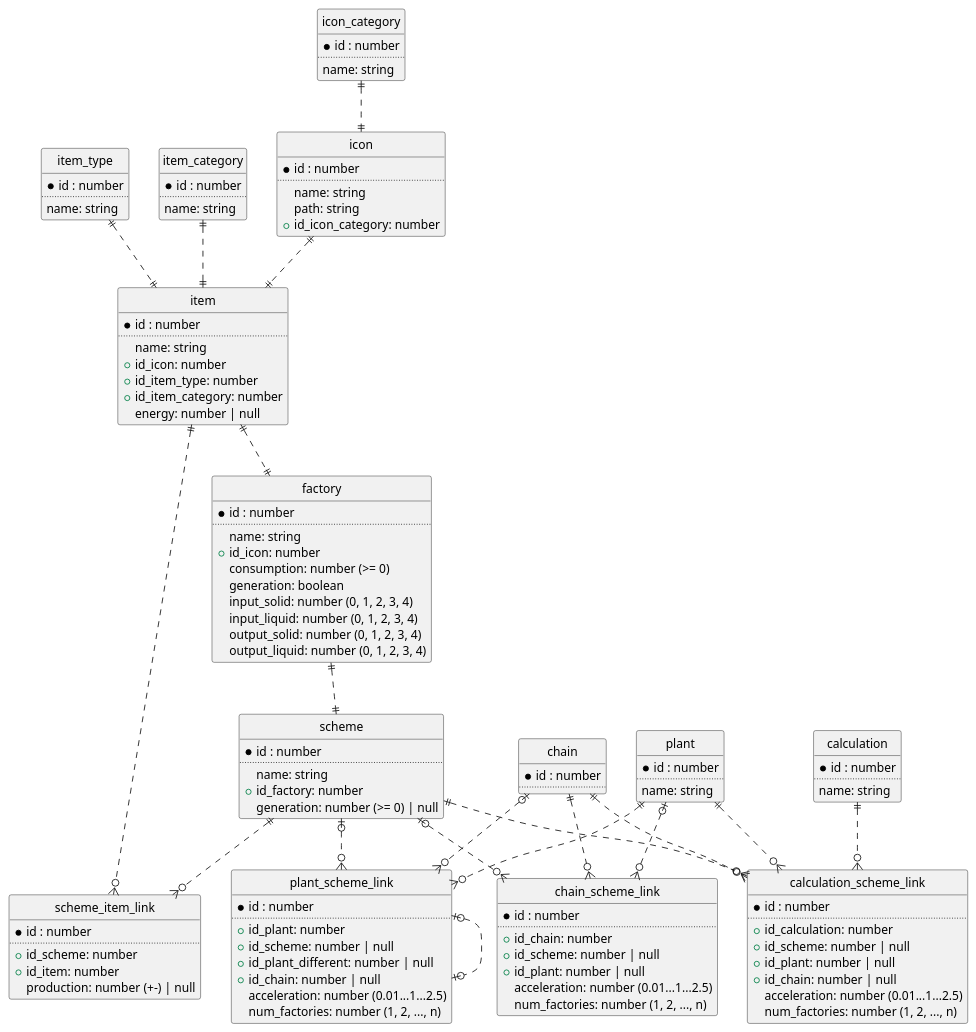
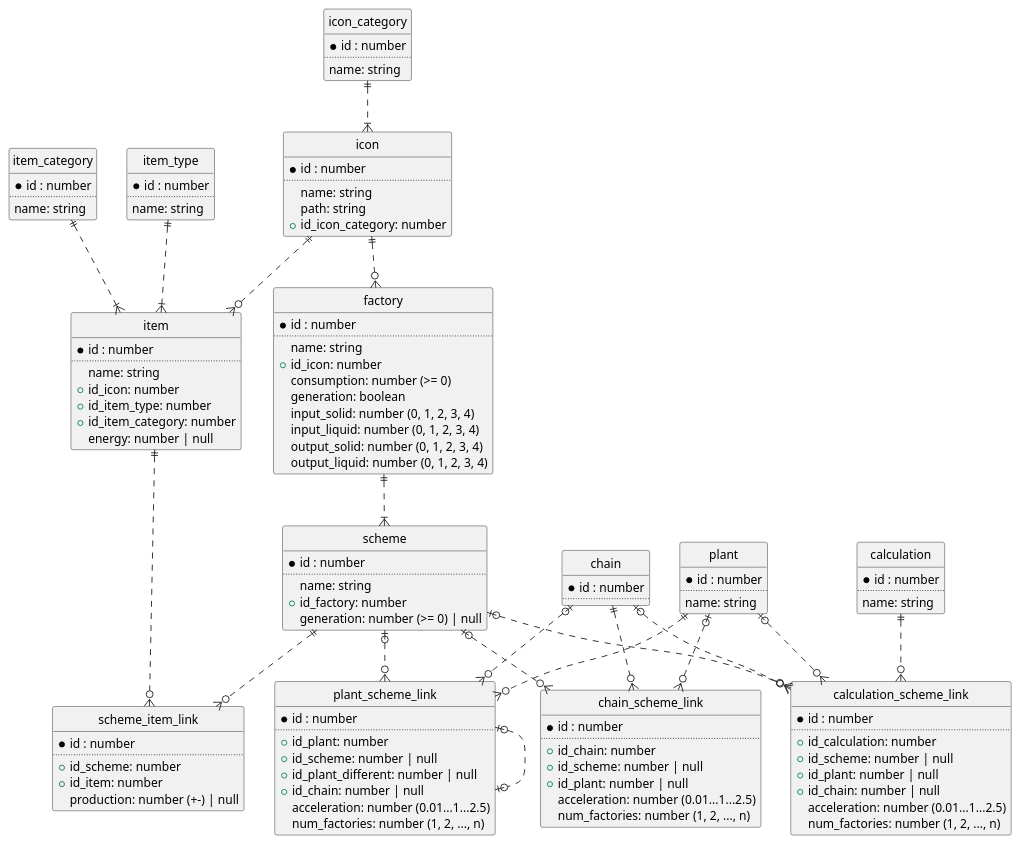
Before and after one commit to Shahimat/SatisfactoryCalculator: the diagram in docs/scheme/model.puml, drawn with PlantUML.

Commit message:
docs[srv]: model changes

```diff
--- a/docs/scheme/model.puml
+++ b/docs/scheme/model.puml
@@ -1,143 +1,143 @@
 @startuml
 
 ' hide the spot
 hide circle
 
 ' avoid problems with angled crows feet
 ' skinparam linetype ortho
 
 entity item_type {
   *id : number
   ..
   name: string
 }
 
 entity item_category {
   *id : number
   ..
   name: string
 }
 
 entity icon_category {
   *id : number
   ..
   name: string
 }
 
 entity icon {
   *id : number
   ..
   name: string
   path: string
   +id_icon_category: number
 }
 
 entity item {
   *id : number
   ..
   name: string
   +id_icon: number
   +id_item_type: number
   +id_item_category: number
   energy: number | null
 }
 
 entity factory {
   *id : number
   ..
   name: string
   +id_icon: number
   consumption: number (>= 0)
   generation: boolean
   input_solid: number (0, 1, 2, 3, 4)
   input_liquid: number (0, 1, 2, 3, 4)
   output_solid: number (0, 1, 2, 3, 4)
   output_liquid: number (0, 1, 2, 3, 4)
 }
 
 entity scheme {
   *id : number
   ..
   name: string
   +id_factory: number
   generation: number (>= 0) | null
 }
 
 entity scheme_item_link {
   *id : number
   ..
   +id_scheme: number
   +id_item: number
   production: number (+-) | null
 }
 
 entity plant {
   *id : number
   ..
   name: string
 }
 
 entity chain {
   *id : number
   ..
 }
 
 entity calculation {
   *id : number
   ..
   name: string
 }
 
 entity plant_scheme_link {
   *id : number
   ..
   +id_plant: number
   +id_scheme: number | null
   +id_plant_different: number | null
   +id_chain: number | null
   acceleration: number (0.01...1...2.5)
   num_factories: number (1, 2, ..., n)
 }
 
 entity chain_scheme_link {
   *id : number
   ..
   +id_chain: number
   +id_scheme: number | null
   +id_plant: number | null
   acceleration: number (0.01...1...2.5)
   num_factories: number (1, 2, ..., n)
 }
 
 entity calculation_scheme_link {
   *id : number
   ..
   +id_calculation: number
   +id_scheme: number | null
   +id_plant: number | null
   +id_chain: number | null
   acceleration: number (0.01...1...2.5)
   num_factories: number (1, 2, ..., n)
 }
 
-icon_category ||..|| icon
-icon ||..|| item
-item_type ||..|| item
-item_category ||..|| item
-item ||..|| factory
-factory ||..|| scheme
+icon_category ||..|{ icon
+icon ||..o{ item
+item_type ||..|{ item
+item_category ||..|{ item
+icon ||..o{ factory
+factory ||..|{ scheme
 item ||..o{ scheme_item_link
 scheme ||..o{ scheme_item_link
-plant ||..o{ plant_scheme_link
+plant ||..o{ plant_scheme_link  
 scheme |o..o{ plant_scheme_link
 plant_scheme_link |o..o| plant_scheme_link
 chain |o..o{ plant_scheme_link
 chain ||..o{ chain_scheme_link
 scheme |o..o{ chain_scheme_link
 plant |o..o{ chain_scheme_link
 calculation ||..o{ calculation_scheme_link
-scheme ||..o{ calculation_scheme_link
-plant ||..o{ calculation_scheme_link
-chain ||..o{ calculation_scheme_link
+scheme |o..o{ calculation_scheme_link
+plant |o..o{ calculation_scheme_link
+chain |o..o{ calculation_scheme_link
 
 @enduml
```
